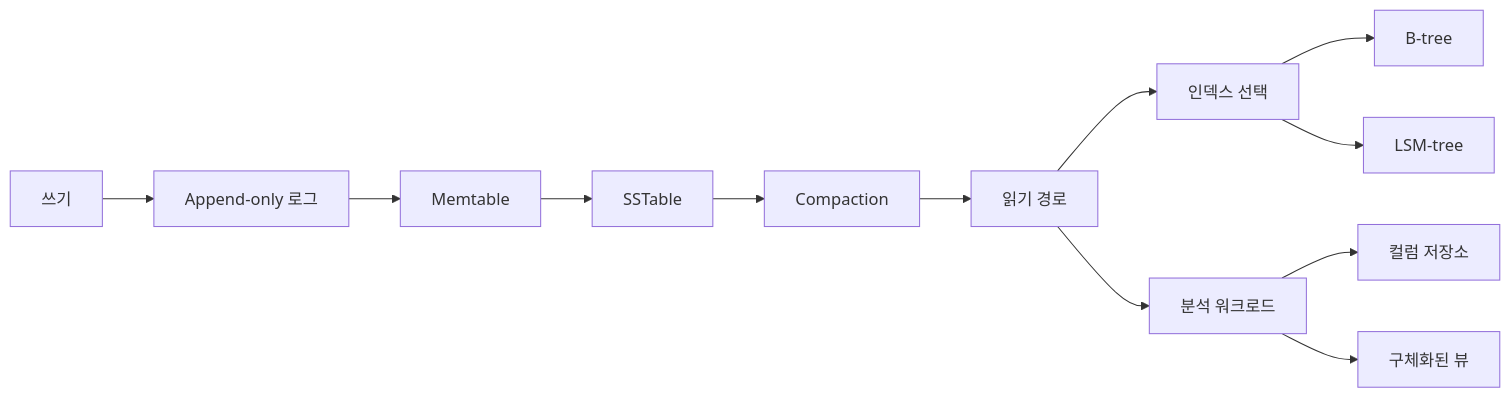
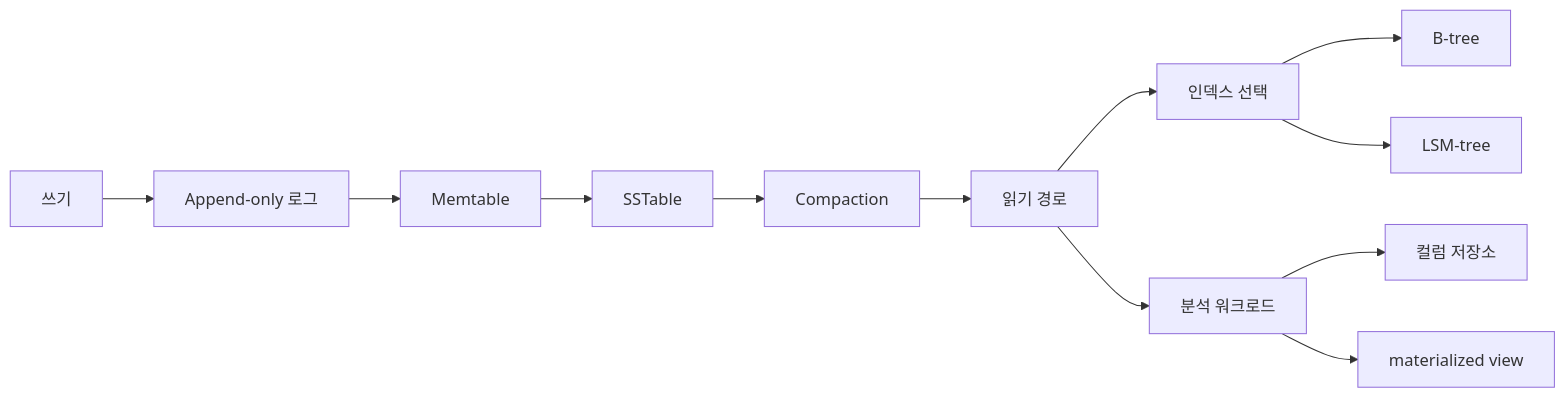
Before and after one commit to currenjin/currenjin.github.io: the third of 12 diagrams in _wiki/designing-data-intensive-applications.md, drawn with Mermaid. The commit also changed other lines of this file, not shown here.

````diff
--- a/_wiki/designing-data-intensive-applications.md
+++ b/_wiki/designing-data-intensive-applications.md
@@ -276,14 +276,14 @@
 ```mermaid
 flowchart LR
   W["쓰기"] --> L["Append-only 로그"]
   L --> M["Memtable"]
   M --> S["SSTable"]
   S --> C["Compaction"]
   C --> R["읽기 경로"]
   R --> I["인덱스 선택"]
   I --> B["B-tree"]
   I --> LS["LSM-tree"]
   R --> A["분석 워크로드"]
   A --> COL["컬럼 저장소"]
-  A --> MV["구체화된 뷰"]
+  A --> MV["materialized view"]
 ```
````
